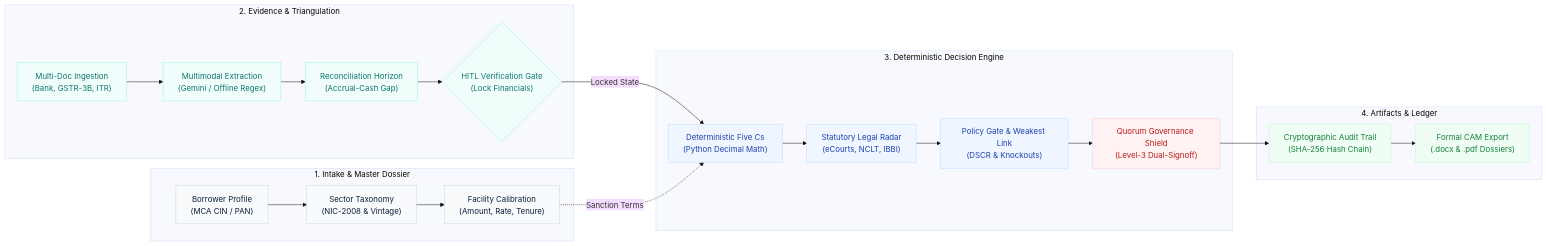
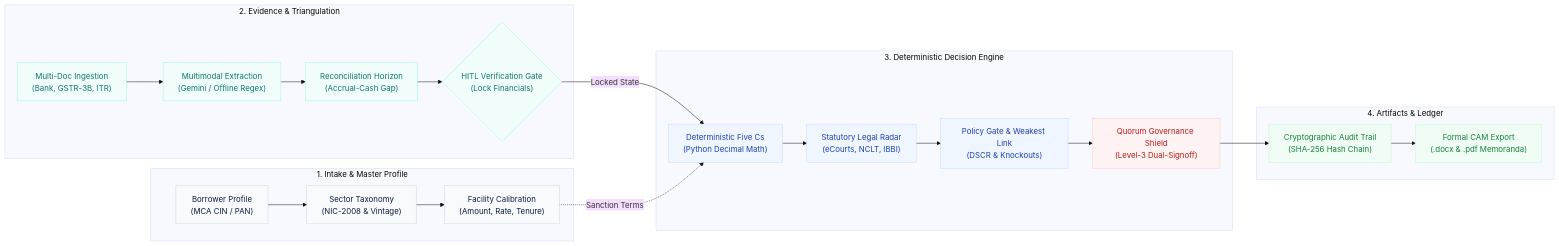
Before and after one commit to SRIVIGHNATEJA/CreditGate: the first of 2 diagrams in README.md, drawn with Mermaid (base theme). The commit also changed other lines of this file, not shown here.

Commit message:
update README with architecture diagram, compliance, and test badge

````diff
--- a/README.md
+++ b/README.md
@@ -41,34 +41,34 @@
 ```mermaid
 flowchart LR
     %% Styles
     classDef intake fill:#f8fafc,stroke:#cbd5e1,stroke-width:1px,color:#0b1f3a;
     classDef extract fill:#f0fdfa,stroke:#99f6e4,stroke-width:1px,color:#0f766e;
     classDef core fill:#eff6ff,stroke:#bfdbfe,stroke-width:1px,color:#1e40af;
     classDef gov fill:#fef2f2,stroke:#fecaca,stroke-width:1px,color:#b91c1c;
     classDef export fill:#f0fdf4,stroke:#bbf7d0,stroke-width:1px,color:#15803d;
 
-    subgraph Stage1 ["1. Intake & Master Dossier"]
+    subgraph Stage1 ["1. Intake & Master Profile"]
         A["Borrower Profile<br/>(MCA CIN / PAN)"]:::intake --> B["Sector Taxonomy<br/>(NIC-2008 & Vintage)"]:::intake
         B --> C["Facility Calibration<br/>(Amount, Rate, Tenure)"]:::intake
     end
 
     subgraph Stage2 ["2. Evidence & Triangulation"]
         D["Multi-Doc Ingestion<br/>(Bank, GSTR-3B, ITR)"]:::extract --> E["Multimodal Extraction<br/>(Gemini / Offline Regex)"]:::extract
         E --> F["Reconciliation Horizon<br/>(Accrual-Cash Gap)"]:::extract
         F --> G{"HITL Verification Gate<br/>(Lock Financials)"}:::extract
     end
 
     subgraph Stage3 ["3. Deterministic Decision Engine"]
         G -- "Locked State" --> H["Deterministic Five Cs<br/>(Python Decimal Math)"]:::core
         H --> I["Statutory Legal Radar<br/>(eCourts, NCLT, IBBI)"]:::core
         I --> J["Policy Gate & Weakest Link<br/>(DSCR & Knockouts)"]:::core
         J --> K["Quorum Governance Shield<br/>(Level-3 Dual-Signoff)"]:::gov
     end
 
     subgraph Stage4 ["4. Artifacts & Ledger"]
         K --> L["Cryptographic Audit Trail<br/>(SHA-256 Hash Chain)"]:::export
-        L --> M["Formal CAM Export<br/>(.docx & .pdf Dossiers)"]:::export
+        L --> M["Formal CAM Export<br/>(.docx & .pdf Memoranda)"]:::export
     end
 
     C -. "Sanction Terms" .-> H
 ```
````
